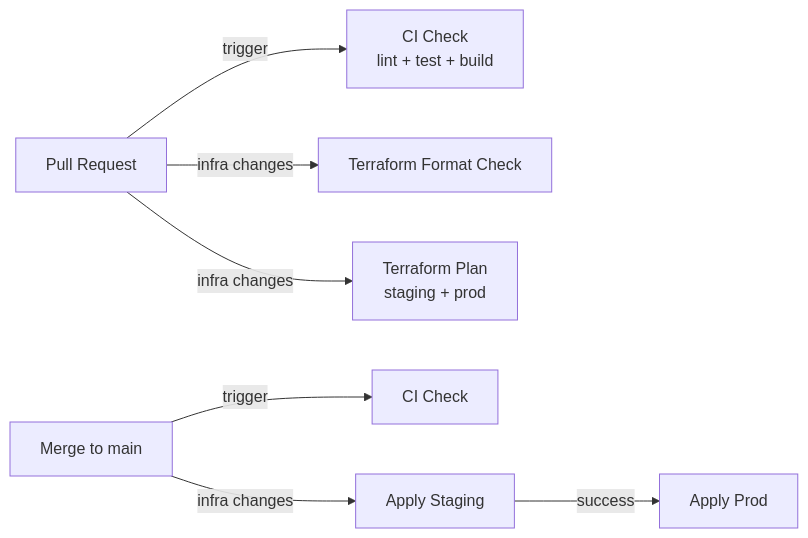
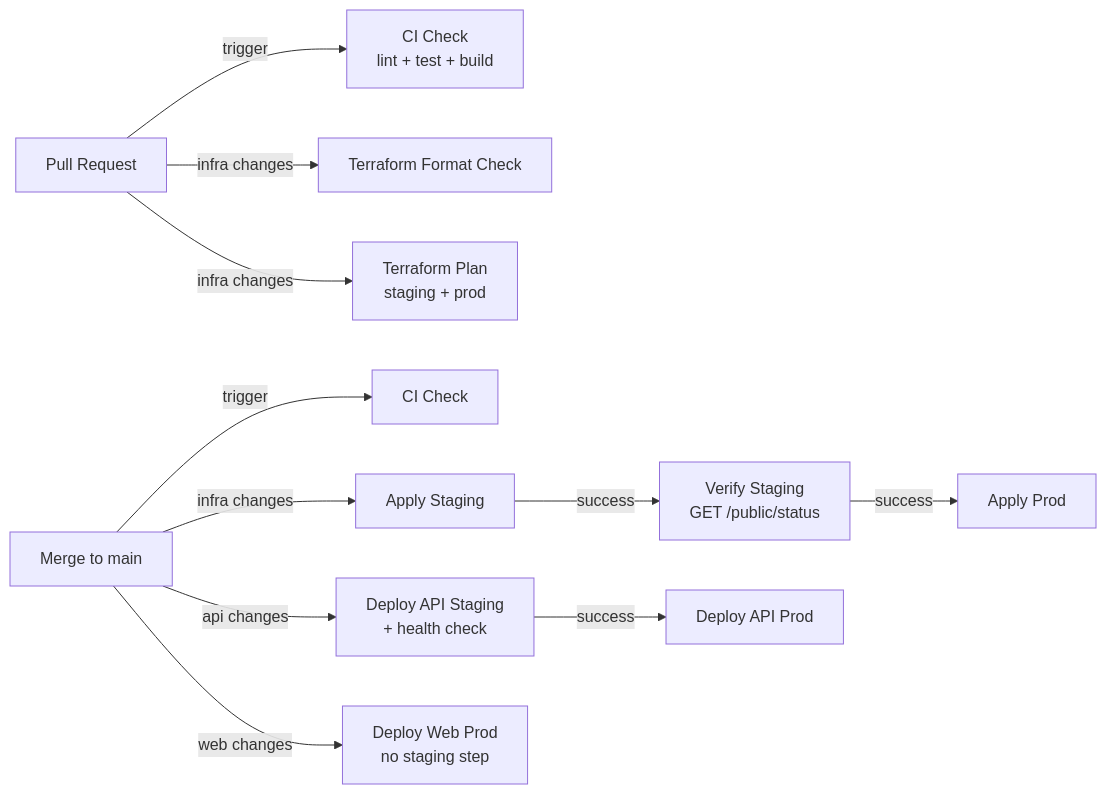
Before and after one commit to ammonl/loppemarked: the seventh of 7 diagrams in docs/architecture.md, drawn with Mermaid. The commit also changed other lines of this file and 5 other files, not shown here.

````diff
--- a/docs/architecture.md
+++ b/docs/architecture.md
@@ -463,10 +463,16 @@
 ```mermaid
 graph LR
     PR[Pull Request] -->|trigger| CI_CHECK[CI Check<br/>lint + test + build]
     PR -->|infra changes| TF_FMT[Terraform Format Check]
     PR -->|infra changes| TF_PLAN[Terraform Plan<br/>staging + prod]
 
     MERGE[Merge to main] -->|trigger| CI_MAIN[CI Check]
     MERGE -->|infra changes| TF_STAGING[Apply Staging]
-    TF_STAGING -->|success| TF_PROD[Apply Prod]
+    TF_STAGING -->|success| TF_VERIFY[Verify Staging<br/>GET /public/status]
+    TF_VERIFY -->|success| TF_PROD[Apply Prod]
+
+    MERGE -->|api changes| API_STAGING[Deploy API Staging<br/>+ health check]
+    API_STAGING -->|success| API_PROD[Deploy API Prod]
+
+    MERGE -->|web changes| WEB_PROD[Deploy Web Prod<br/>no staging step]
 ```
````
